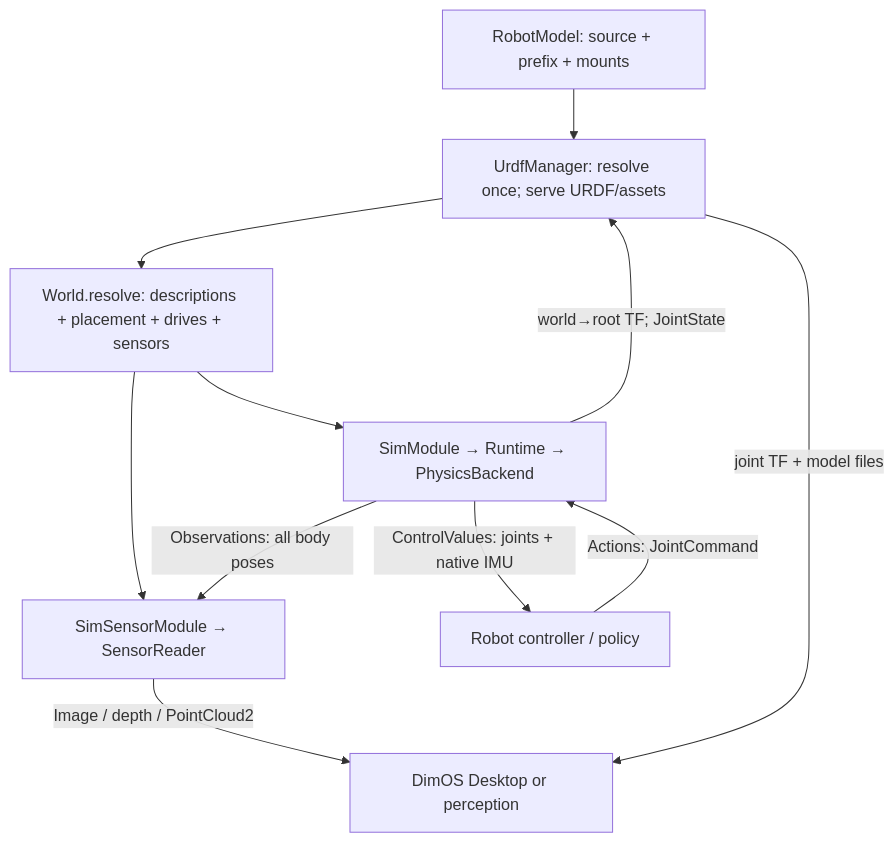
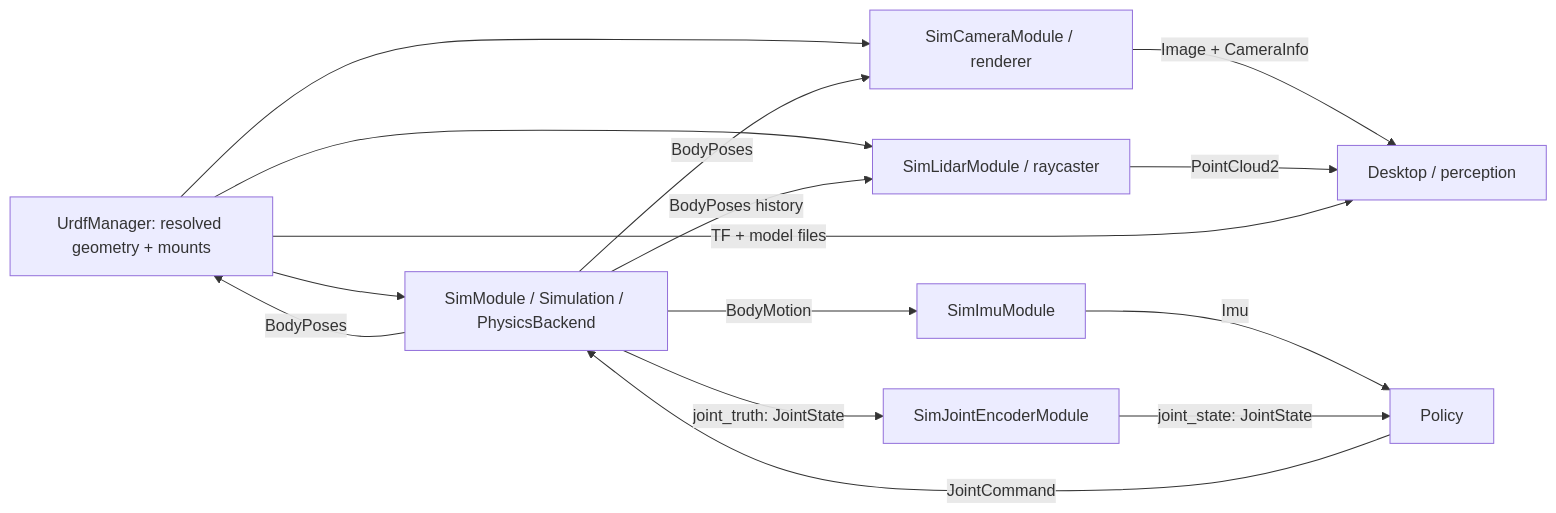
Before and after one commit to dimensionalOS/dimos: the diagram in docs/development/sim2/README.md, drawn with Mermaid. The commit also changed other lines of this file and 53 other files, not shown here.

Commit message:
Separate sim2 physics truth from independently scheduled sensor modules

````diff
--- a/docs/development/sim2/README.md
+++ b/docs/development/sim2/README.md
@@ -60,13 +40,17 @@
 ```mermaid
-flowchart TD
-    M["RobotModel: source + prefix + mounts"] --> U["UrdfManager: resolve once; serve URDF/assets"]
-    U --> W["World.resolve: descriptions + placement + drives + sensors"]
-    W --> P["SimModule → Runtime → PhysicsBackend"]
-    W --> S["SimSensorModule → SensorReader"]
-    P -->|"Observations: all body poses"| S
-    S -->|"Image / depth / PointCloud2"| D["DimOS Desktop or perception"]
-    P -->|"ControlValues: joints + native IMU"| C["Robot controller / policy"]
-    C -->|"Actions: JointCommand"| P
-    P -->|"world→root TF; JointState"| U
-    U -->|"joint TF + model files"| D
+flowchart LR
+    U["UrdfManager: resolved geometry + mounts"] --> P["SimModule / Simulation / PhysicsBackend"]
+    U --> C["SimCameraModule / renderer"]
+    U --> L["SimLidarModule / raycaster"]
+    P -->|BodyPoses| C
+    P -->|BodyPoses history| L
+    P -->|BodyPoses| U
+    P -->|BodyMotion| I[SimImuModule]
+    P -->|joint_truth: JointState| E[SimJointEncoderModule]
+    I -->|Imu| R[Policy]
+    E -->|joint_state: JointState| R
+    R -->|JointCommand| P
+    C -->|Image + CameraInfo| D[Desktop / perception]
+    L -->|PointCloud2| D
+    U -->|TF + model files| D
 ```
````
